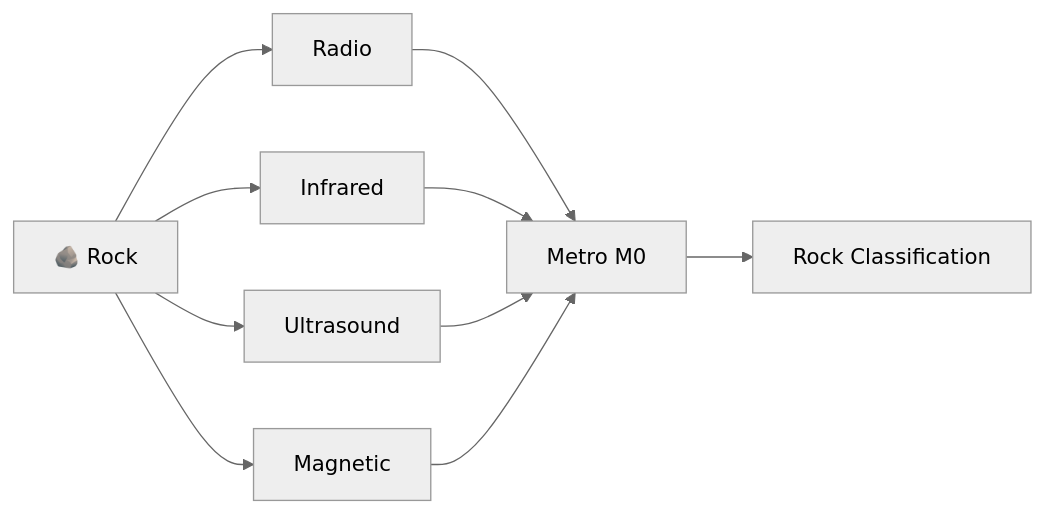
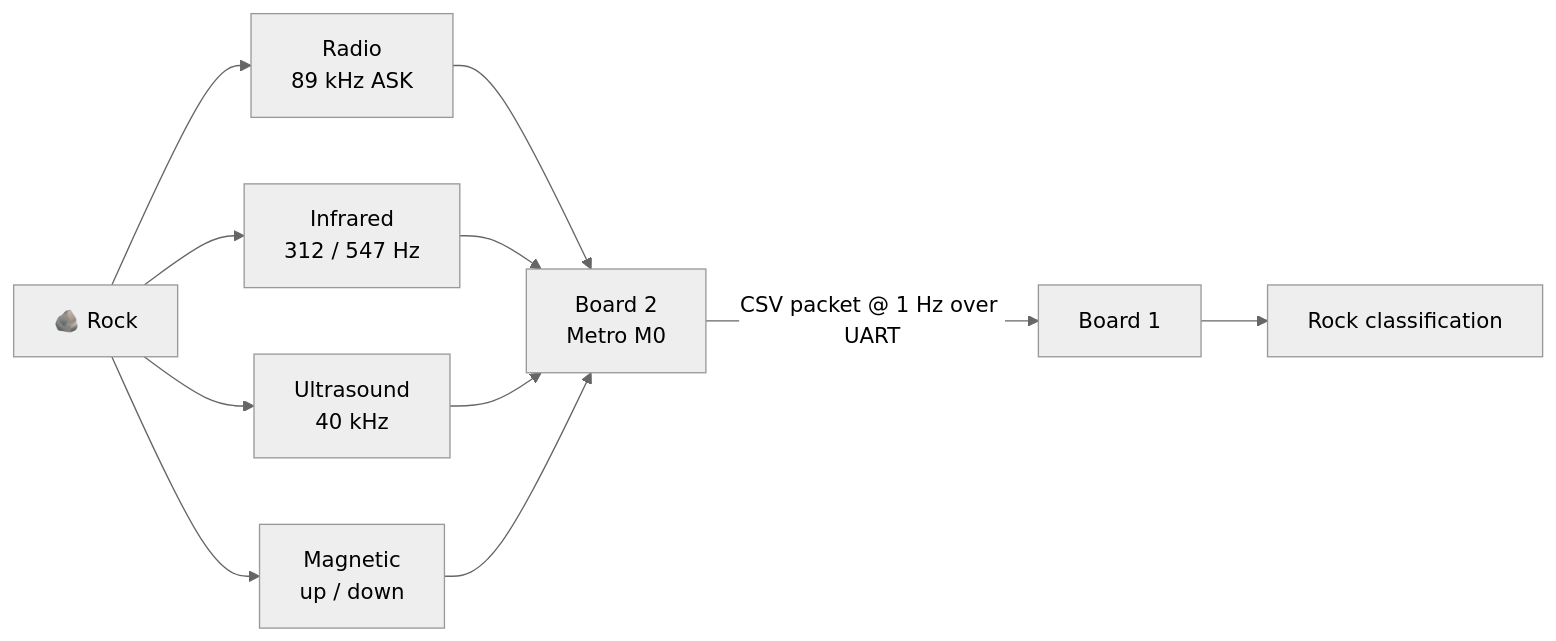
One commit to qaismasri/Luner-ICE changed the diagram in sensing/README.md. Above: the diagram before and after it, drawn with Mermaid (neutral theme). The commit also changed other lines of this file and 96 other files, not shown here.

````diff
--- a/sensing/README.md
+++ b/sensing/README.md
@@ -24,14 +52,15 @@
 ```mermaid
 flowchart LR
-    A[🪨 Rock] --> B[Radio]
-    A --> C[Infrared]
-    A --> D[Ultrasound]
-    A --> E[Magnetic]
+    A["🪨 Rock"] --> B["Radio<br/>89 kHz ASK"]
+    A --> C["Infrared<br/>312 / 547 Hz"]
+    A --> D["Ultrasound<br/>40 kHz"]
+    A --> E["Magnetic<br/>up / down"]
 
-    B --> F[Metro M0]
+    B --> F["Board 2<br/>Metro M0"]
     C --> F
     D --> F
     E --> F
 
-    F --> G[Rock Classification]
+    F -->|"CSV packet @ 1 Hz over UART"| G["Board 1"]
+    G --> H["Rock classification"]
 ```
````
